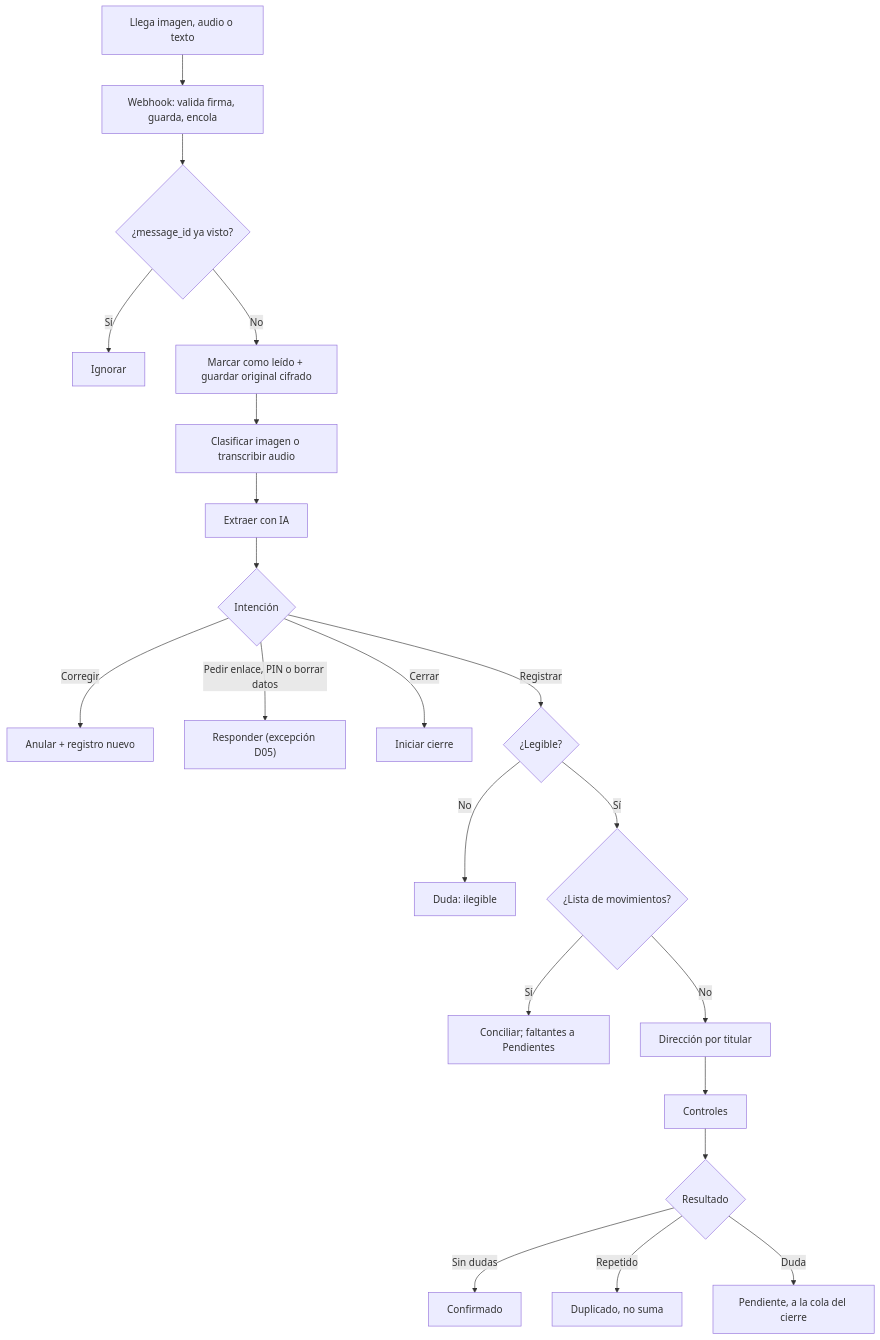
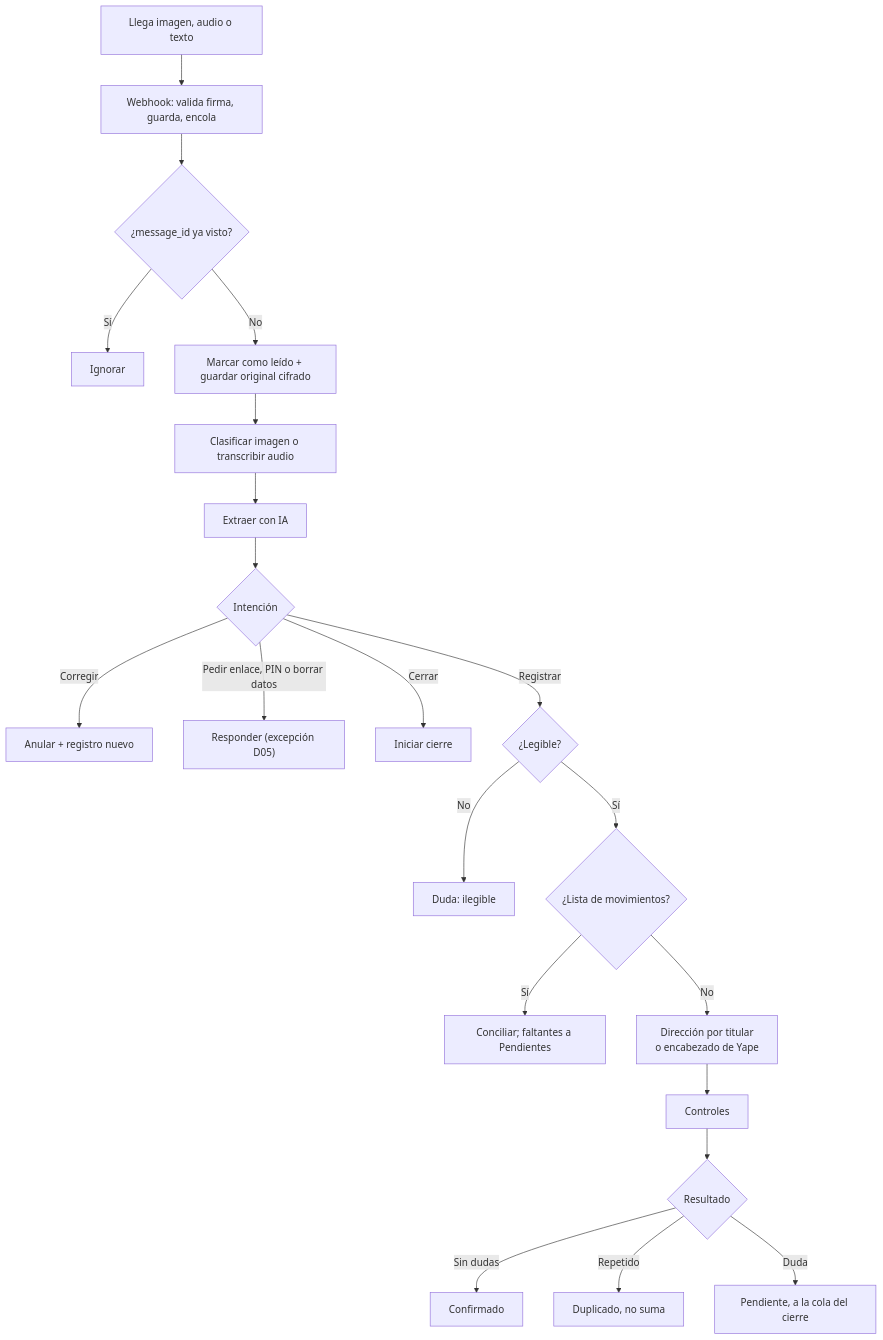
One commit to NahiaEscalante/alza-project changed the second of 7 diagrams in docs/ALZA_PRODUCT_SPEC.md. Above: the diagram before and after it, drawn with Mermaid. The commit also changed other lines of this file and 2 other files, not shown here.

````diff
--- a/docs/ALZA_PRODUCT_SPEC.md
+++ b/docs/ALZA_PRODUCT_SPEC.md
@@ -303,20 +326,20 @@
 ```mermaid
 flowchart TD
     M0["Llega imagen, audio o texto"] --> M1["Webhook: valida firma, guarda, encola"]
     M1 --> M2{"¿message_id ya visto?"}
     M2 -->|Sí| M2a["Ignorar"]
     M2 -->|No| M3["Marcar como leído + guardar original cifrado"]
     M3 --> M4["Clasificar imagen o transcribir audio"] --> M5["Extraer con IA"]
     M5 --> I{"Intención"}
     I -->|Corregir| COR["Anular + registro nuevo"]
     I -->|Pedir enlace, PIN o borrar datos| CRI["Responder (excepción D05)"]
     I -->|Cerrar| CIE["Iniciar cierre"]
     I -->|Registrar| M6{"¿Legible?"}
     M6 -->|No| M6a["Duda: ilegible"]
     M6 -->|Sí| LI{"¿Lista de movimientos?"}
     LI -->|Sí| LI1["Conciliar; faltantes a Pendientes"]
-    LI -->|No| M7["Dirección por titular"] --> M9["Controles"] --> M10{"Resultado"}
+    LI -->|No| M7["Dirección por titular<br/>o encabezado de Yape"] --> M9["Controles"] --> M10{"Resultado"}
     M10 -->|Sin dudas| M11["Confirmado"]
     M10 -->|Repetido| M12["Duplicado, no suma"]
     M10 -->|Duda| M13["Pendiente, a la cola del cierre"]
 ```
````
